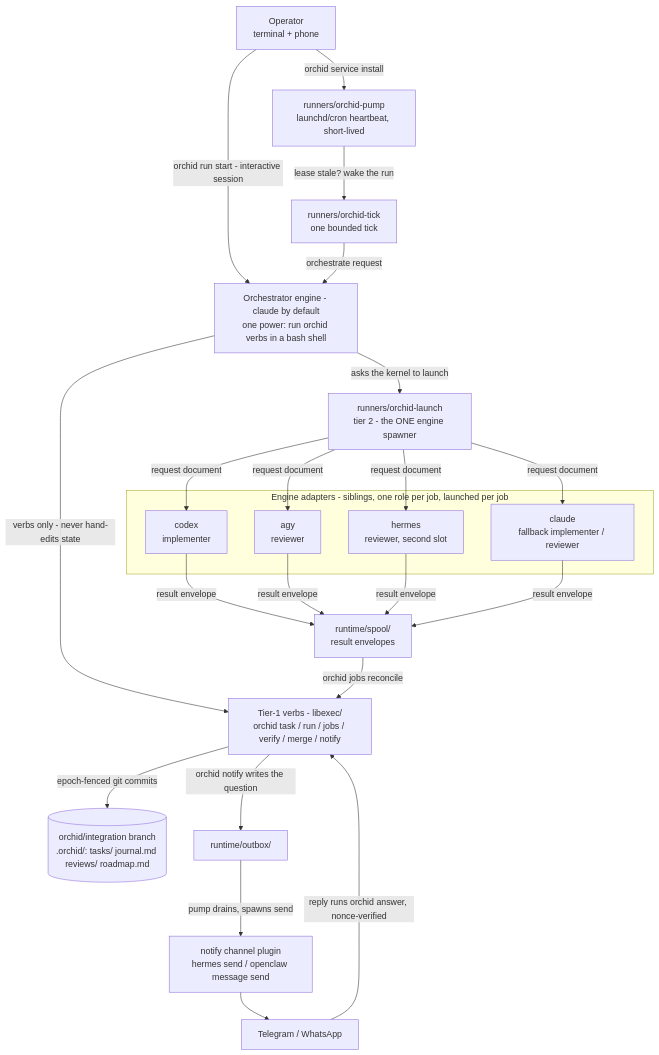
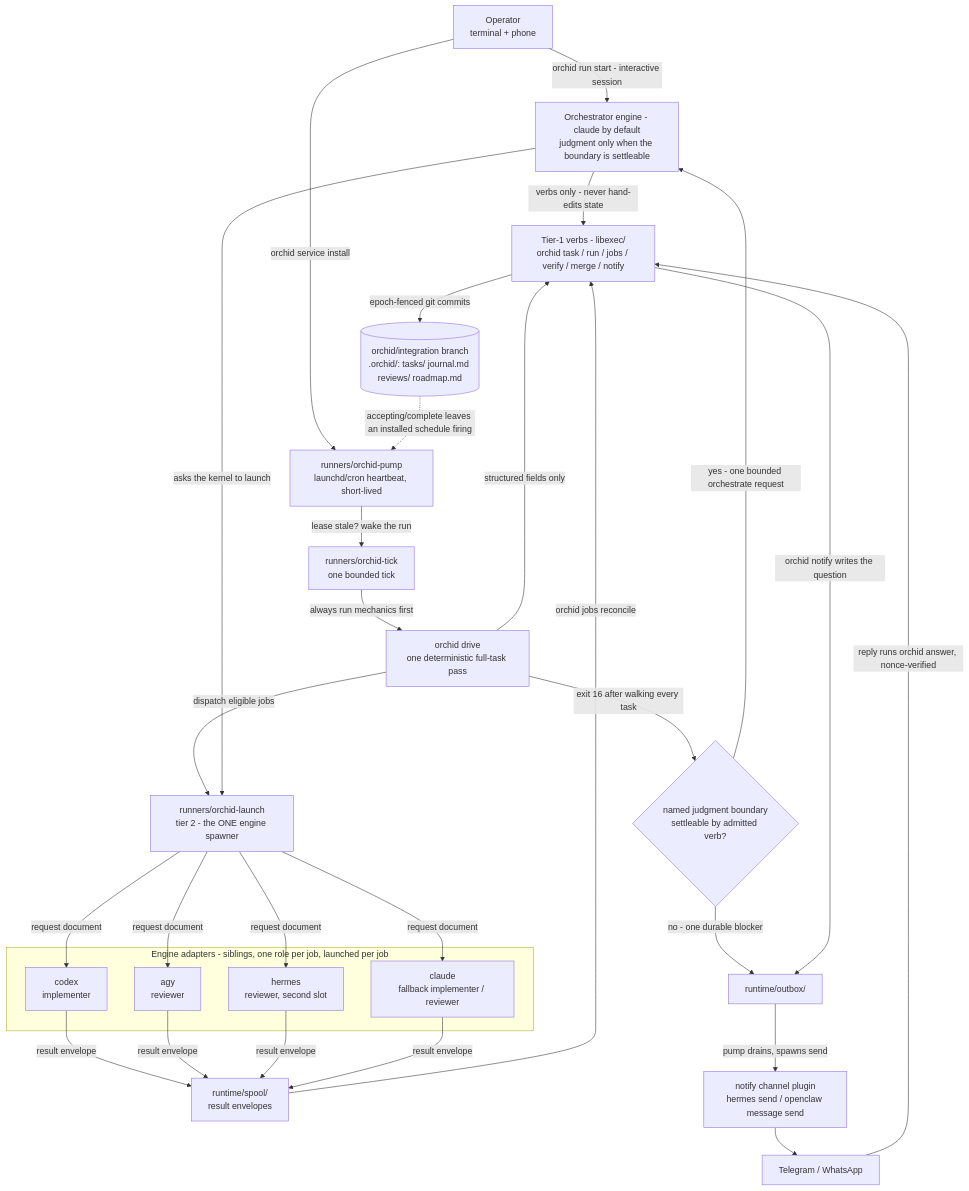
The first of 3 diagrams in README.md (bilal-/orchid), drawn with Mermaid before and after one commit. The commit also changed other lines of this file and 25 other files, not shown here.

````diff
--- a/README.md
+++ b/README.md
@@ -122,41 +122,49 @@
 ```mermaid
 flowchart TD
     OP["Operator<br/>terminal + phone"]
     PUMP["runners/orchid-pump<br/>launchd/cron heartbeat, short-lived"]
     TICK["runners/orchid-tick<br/>one bounded tick"]
-    ORCH["Orchestrator engine - claude by default<br/>one power: run orchid verbs in a bash shell"]
+    DRIVE["orchid drive<br/>one deterministic full-task pass"]
+    BOUNDARY{"named judgment boundary<br/>settleable by admitted verb?"}
+    ORCH["Orchestrator engine - claude by default<br/>judgment only when the boundary is settleable"]
     VERBS["Tier-1 verbs - libexec/<br/>orchid task / run / jobs / verify / merge / notify"]
     LAUNCH["runners/orchid-launch<br/>tier 2 - the ONE engine spawner"]
     subgraph ENGINES["Engine adapters - siblings, one role per job, launched per job"]
         COD["codex<br/>implementer"]
         AGY["agy<br/>reviewer"]
         HER["hermes<br/>reviewer, second slot"]
         CLA["claude<br/>fallback implementer / reviewer"]
     end
     SPOOL["runtime/spool/<br/>result envelopes"]
     STATE[("orchid/integration branch<br/>.orchid/: tasks/ journal.md reviews/ roadmap.md")]
     OUTBOX["runtime/outbox/"]
     CHAN["notify channel plugin<br/>hermes send / openclaw message send"]
     PHONE["Telegram / WhatsApp"]
 
     OP -->|"orchid run start - interactive session"| ORCH
     OP -->|"orchid service install"| PUMP
     PUMP -->|"lease stale? wake the run"| TICK
-    TICK -->|"orchestrate request"| ORCH
+    TICK -->|"always run mechanics first"| DRIVE
+    DRIVE -->|"exit 16 after walking every task"| BOUNDARY
+    BOUNDARY -->|"yes - one bounded orchestrate request"| ORCH
+    BOUNDARY -->|"no - one durable blocker"| OUTBOX
+    DRIVE -->|"structured fields only"| VERBS
+    DRIVE -->|"dispatch eligible jobs"| LAUNCH
     ORCH -->|"verbs only - never hand-edits state"| VERBS
     ORCH -->|"asks the kernel to launch"| LAUNCH
     LAUNCH -->|"request document"| COD
     LAUNCH -->|"request document"| AGY
     LAUNCH -->|"request document"| HER
     LAUNCH -->|"request document"| CLA
     COD -->|"result envelope"| SPOOL
     AGY -->|"result envelope"| SPOOL
     HER -->|"result envelope"| SPOOL
     CLA -->|"result envelope"| SPOOL
     SPOOL -->|"orchid jobs reconcile"| VERBS
     VERBS -->|"epoch-fenced git commits"| STATE
+    STATE -.->|"accepting/complete leaves an installed schedule firing"| PUMP
     VERBS -->|"orchid notify writes the question"| OUTBOX
     OUTBOX -->|"pump drains, spawns send"| CHAN
     CHAN --> PHONE
     PHONE -->|"reply runs orchid answer, nonce-verified"| VERBS
 ```
````
